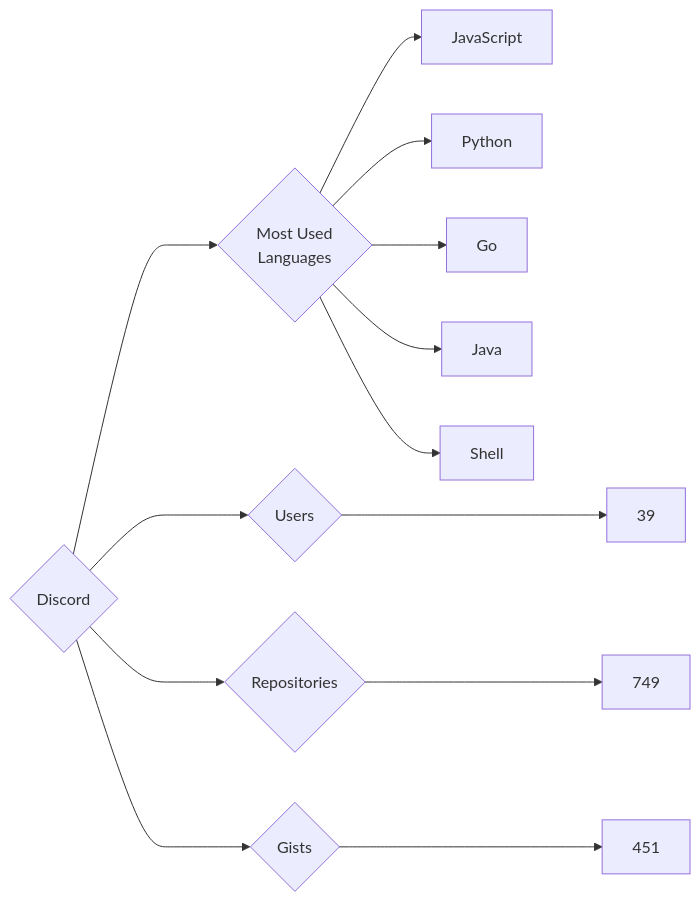
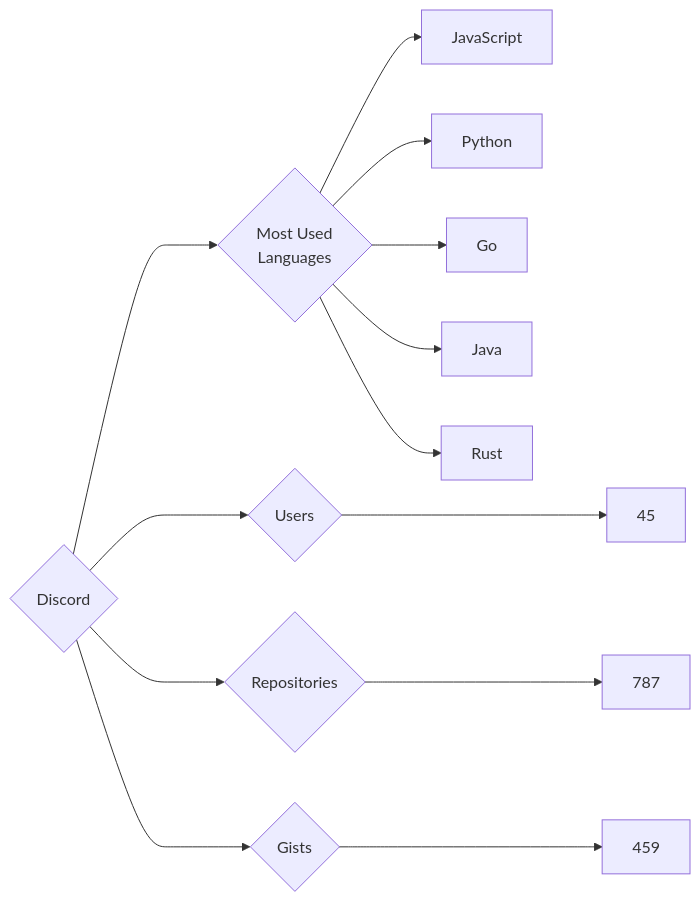
One commit to trickest/insiders changed the diagram in targets/Discord/README.md. Above: the diagram before and after it, drawn with Mermaid. The commit also changed 1314 other files, not shown here.

````diff
--- a/targets/Discord/README.md
+++ b/targets/Discord/README.md
@@ -3,13 +3,13 @@
 ```mermaid
 graph LR
 COMPANY_NAME{Discord}
-COMPANY_NAME ---> U{Users} ---> UN[39]
-COMPANY_NAME ---> R{Repositories} ---> RN[749]
-COMPANY_NAME ---> G{Gists} ---> GN[451]
+COMPANY_NAME ---> U{Users} ---> UN[45]
+COMPANY_NAME ---> R{Repositories} ---> RN[787]
+COMPANY_NAME ---> G{Gists} ---> GN[459]
 COMPANY_NAME ---> ML{Most Used<br>Languages}
 ML --> JavaScript[JavaScript]
 ML --> Python[Python]
 ML --> Go[Go]
 ML --> Java[Java]
-ML --> Shell[Shell]
+ML --> Rust[Rust]
 ```
````
